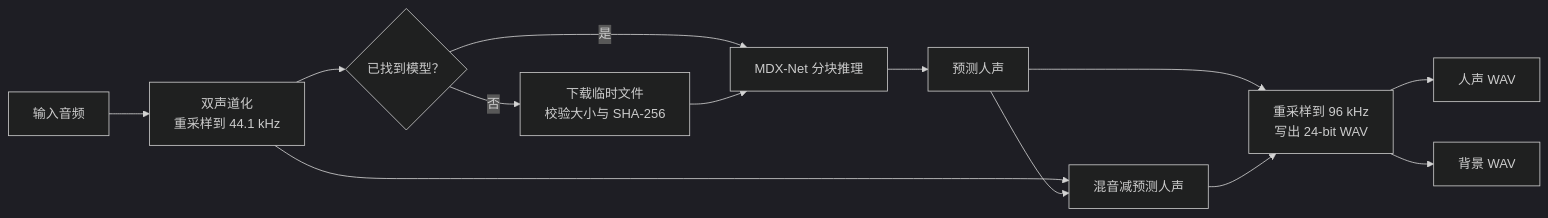
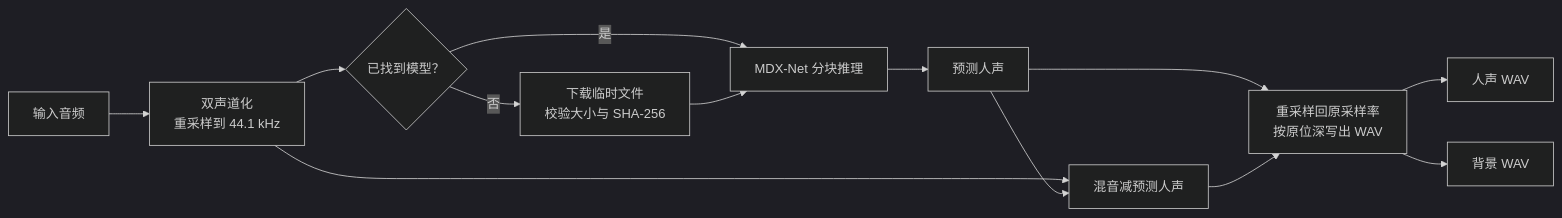
The diagram in docs/neural-separation.md (ChouChiu/Purivox), drawn with Mermaid (dark theme) before and after one commit. The commit also changed other lines of this file and 30 other files, not shown here.

````diff
--- a/docs/neural-separation.md
+++ b/docs/neural-separation.md
@@ -24,15 +24,15 @@
 ```mermaid
 flowchart LR
     input["输入音频"] --> stereo["双声道化<br/>重采样到 44.1 kHz"]
     stereo --> model{"已找到模型？"}
     model -->|否| download["下载临时文件<br/>校验大小与 SHA-256"]
     model -->|是| infer["MDX-Net 分块推理"]
     download --> infer
     infer --> vocal["预测人声"]
     stereo --> subtract["混音减预测人声"]
     vocal --> subtract
-    vocal --> hires["重采样到 96 kHz<br/>写出 24-bit WAV"]
-    subtract --> hires
-    hires --> vocalout["人声 WAV"]
-    hires --> background["背景 WAV"]
+    vocal --> export["重采样回原采样率<br/>按原位深写出 WAV"]
+    subtract --> export
+    export --> vocalout["人声 WAV"]
+    export --> background["背景 WAV"]
 ```
````
